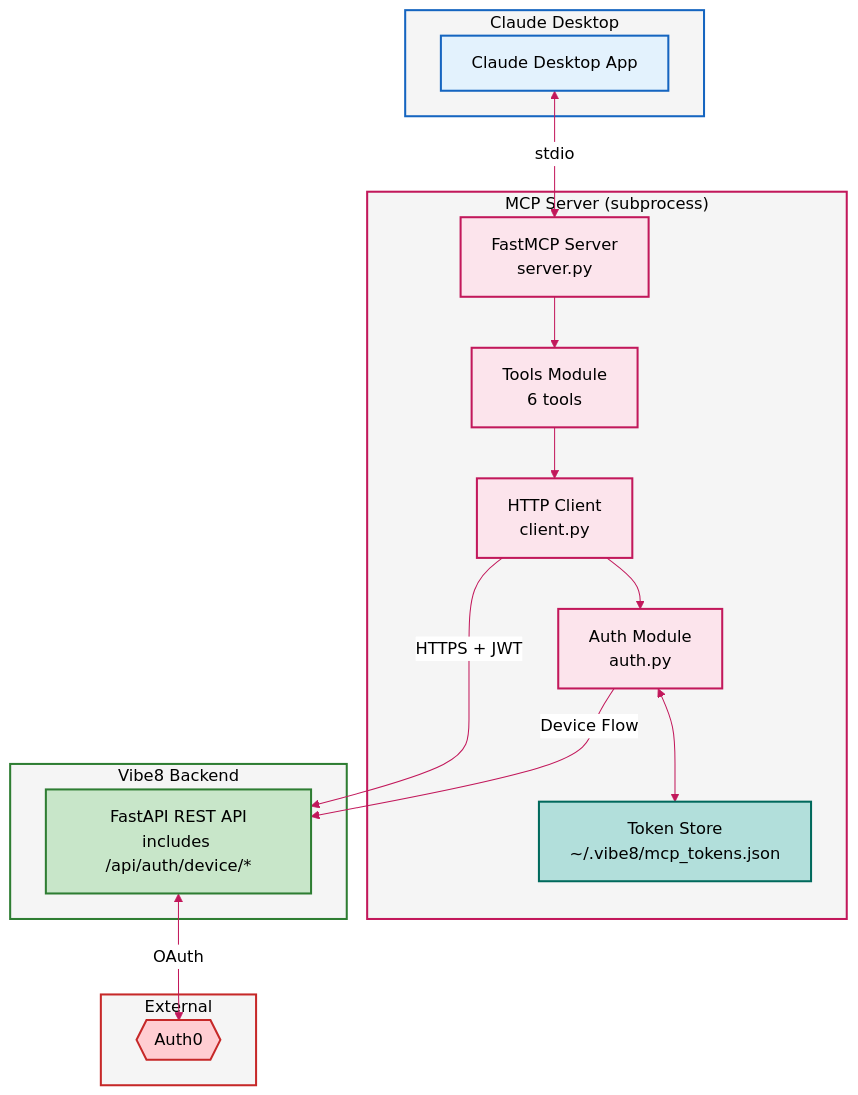
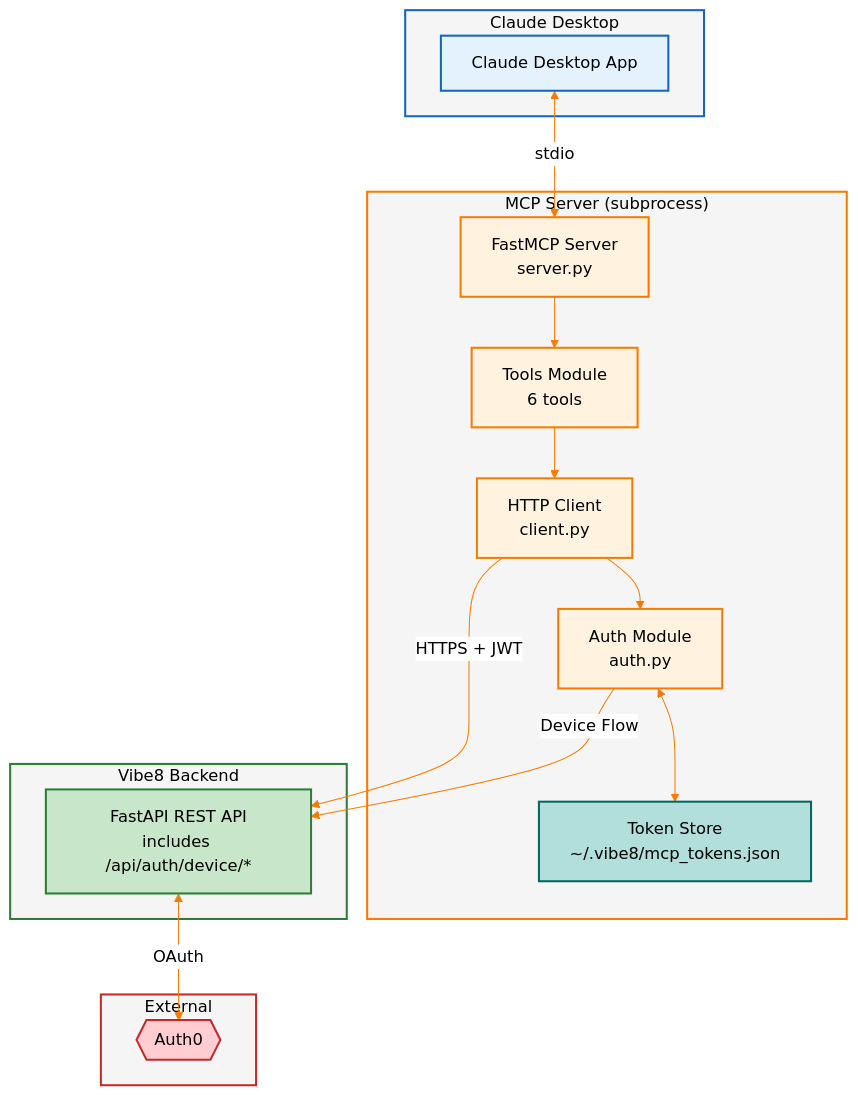
Diagram 12 of 12 in diagrams.md (evanalulu/vibe8-docs), drawn with Mermaid before and after one commit. The commit also changed other lines of this file, not shown here.

First line of the commit message:
Update diagram colors and layouts for visual consistency

````diff
--- a/diagrams.md
+++ b/diagrams.md
@@ -600,60 +586,60 @@
 ```mermaid
 ---
 config:
  theme: base
  themeVariables:
-   primaryColor: '#FCE4EC'
+   primaryColor: '#FFF3E0'
    primaryTextColor: '#000'
-   primaryBorderColor: '#C2185B'
-   lineColor: '#C2185B'
+   primaryBorderColor: '#F57C00'
+   lineColor: '#F57C00'
    secondaryColor: '#FFF3E0'
    tertiaryColor: '#F1F8E9'
    edgeLabelBackground: '#ffffff'
    clusterBkg: '#ffffff'
-   clusterBorder: '#C2185B'
+   clusterBorder: '#F57C00'
    titleColor: '#000'
 ---
 flowchart TB
     subgraph claude["Claude Desktop"]
         desktop[Claude Desktop App]
     end
 
     subgraph mcp["MCP Server (subprocess)"]
         server[FastMCP Server<br/>server.py]
         tools[Tools Module<br/>6 tools]
         client[HTTP Client<br/>client.py]
         auth_mod[Auth Module<br/>auth.py]
         tokens[Token Store<br/>~/.vibe8/mcp_tokens.json]
     end
 
     subgraph backend["Vibe8 Backend"]
         api[FastAPI REST API<br/>includes /api/auth/device/*]
     end
 
     subgraph external["External"]
         auth0{{Auth0}}
     end
 
     desktop <-->|stdio| server
     server --> tools
     tools --> client
     client --> auth_mod
     auth_mod <--> tokens
     client -->|HTTPS + JWT| api
     auth_mod -->|Device Flow| api
     api <-->|OAuth| auth0
 
     style desktop fill:#E3F2FD,stroke:#1565C0,stroke-width:2px,color:#000
-    style server fill:#FCE4EC,stroke:#C2185B,stroke-width:2px,color:#000
-    style tools fill:#FCE4EC,stroke:#C2185B,stroke-width:2px,color:#000
-    style client fill:#FCE4EC,stroke:#C2185B,stroke-width:2px,color:#000
-    style auth_mod fill:#FCE4EC,stroke:#C2185B,stroke-width:2px,color:#000
+    style server fill:#FFF3E0,stroke:#F57C00,stroke-width:2px,color:#000
+    style tools fill:#FFF3E0,stroke:#F57C00,stroke-width:2px,color:#000
+    style client fill:#FFF3E0,stroke:#F57C00,stroke-width:2px,color:#000
+    style auth_mod fill:#FFF3E0,stroke:#F57C00,stroke-width:2px,color:#000
     style tokens fill:#B2DFDB,stroke:#00695C,stroke-width:2px,color:#000
     style api fill:#C8E6C9,stroke:#2E7D32,stroke-width:2px,color:#000
     style auth0 fill:#FFCDD2,stroke:#C62828,stroke-width:2px,color:#000
 
     style claude fill:#F5F5F5,stroke:#1565C0,stroke-width:2px
-    style mcp fill:#F5F5F5,stroke:#C2185B,stroke-width:2px
+    style mcp fill:#F5F5F5,stroke:#F57C00,stroke-width:2px
     style backend fill:#F5F5F5,stroke:#2E7D32,stroke-width:2px
     style external fill:#F5F5F5,stroke:#C62828,stroke-width:2px
 ```
````
